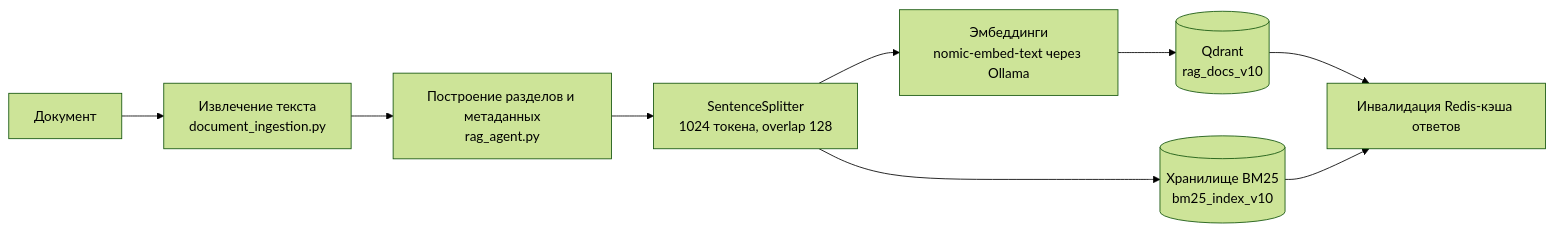
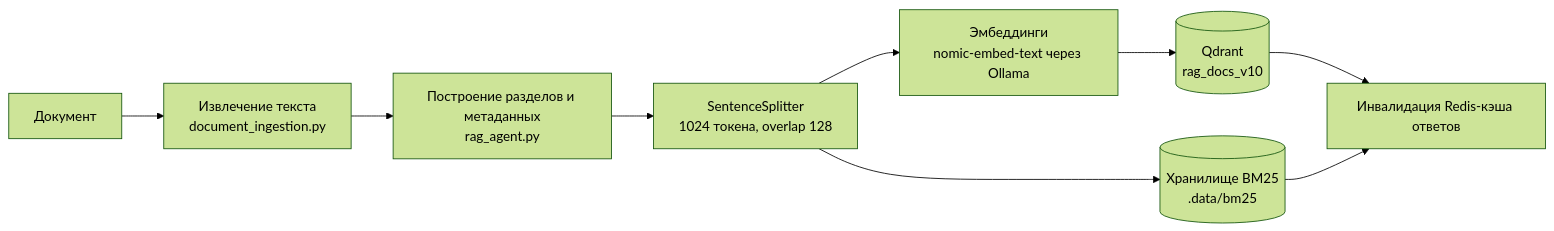
One commit to Gotrik1/rag_llm changed the fifth of 8 diagrams in architecture.md. Above: the diagram before and after it, drawn with Mermaid (forest theme). The commit also changed other lines of this file and 2193 other files, not shown here.

````diff
--- a/architecture.md
+++ b/architecture.md
@@ -130,11 +130,11 @@
 ```mermaid
 flowchart LR
     D["Документ"] --> E["Извлечение текста\ndocument_ingestion.py"]
     E --> S["Построение разделов и метаданных\nrag_agent.py"]
     S --> C["SentenceSplitter\n1024 токена, overlap 128"]
     C --> V["Эмбеддинги\nnomic-embed-text через Ollama"]
     V --> Q[("Qdrant\nrag_docs_v10")]
-    C --> B[("Хранилище BM25\nbm25_index_v10")]
+    C --> B[("Хранилище BM25\n.data/bm25")]
     Q --> I["Инвалидация Redis-кэша ответов"]
     B --> I
 ```
````
